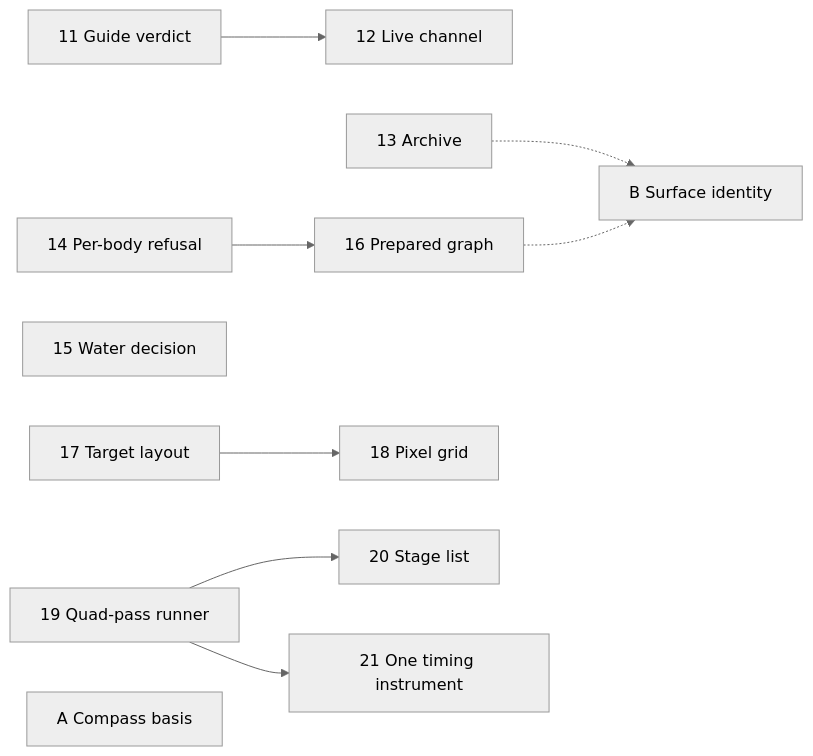
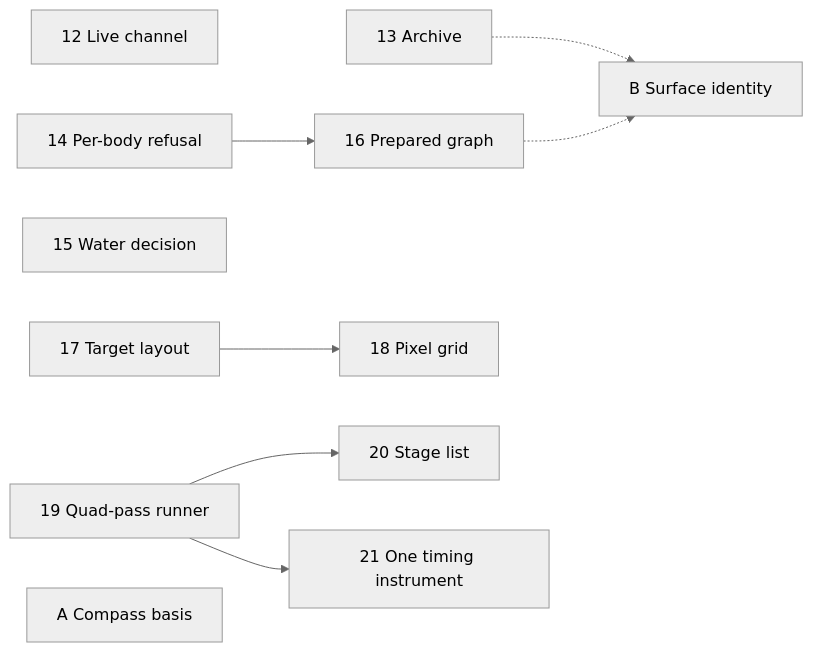
One commit to jonjaques/inertialref changed the diagram in design/plans/arch-review.md. Above: the diagram before and after it, drawn with Mermaid (neutral theme). The commit also changed other lines of this file and 7 other files, not shown here.

````diff
--- a/design/plans/arch-review.md
+++ b/design/plans/arch-review.md
@@ -72,13 +72,13 @@
 ```mermaid
 flowchart LR
-  P11[11 Guide verdict] --> P12[12 Live channel]
+  P12[12 Live channel]
   P13[13 Archive]
   P14[14 Per-body refusal] --> P16[16 Prepared graph]
   P15[15 Water decision]
   P17[17 Target layout] --> P18[18 Pixel grid]
   P19[19 Quad-pass runner] --> P20[20 Stage list]
   P19 --> P21[21 One timing instrument]
   A[A Compass basis]
   P13 -.-> B[B Surface identity]
   P16 -.-> B
 ```
````
